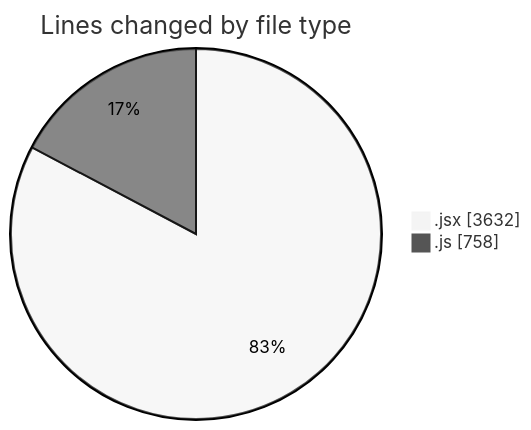
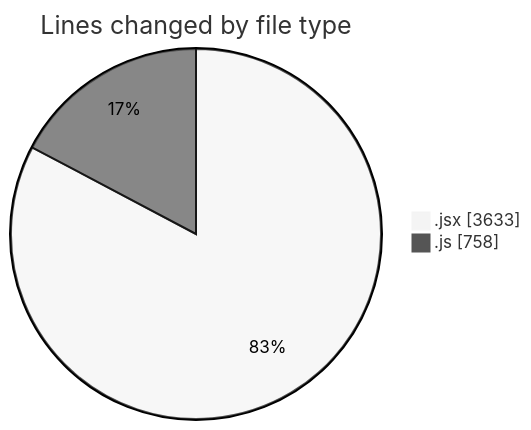
One commit to nxtqubesakshisongat/code-tracking changed the first of 2 diagrams in 2025-08-03/nxtqube_webapp/README.md. Above: the diagram before and after it, drawn with Mermaid (neutral theme). The commit also changed other lines of this file and 1 other file, not shown here.

````diff
--- a/2025-08-03/nxtqube_webapp/README.md
+++ b/2025-08-03/nxtqube_webapp/README.md
@@ -29,6 +29,6 @@
 ```mermaid
 pie showData
 title Lines changed by file type
-".jsx" : 3632
+".jsx" : 3633
 ".js" : 758
 ```
````
